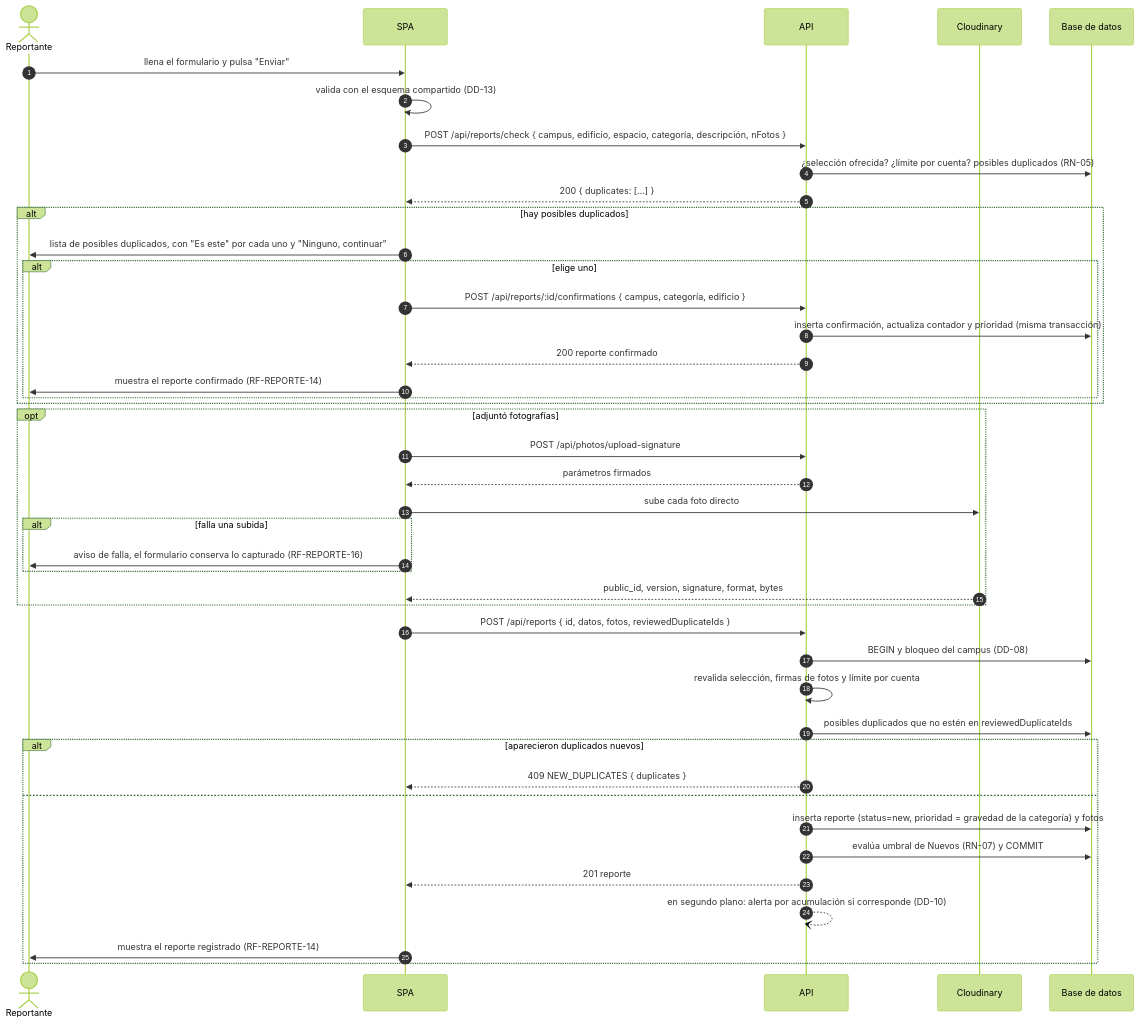
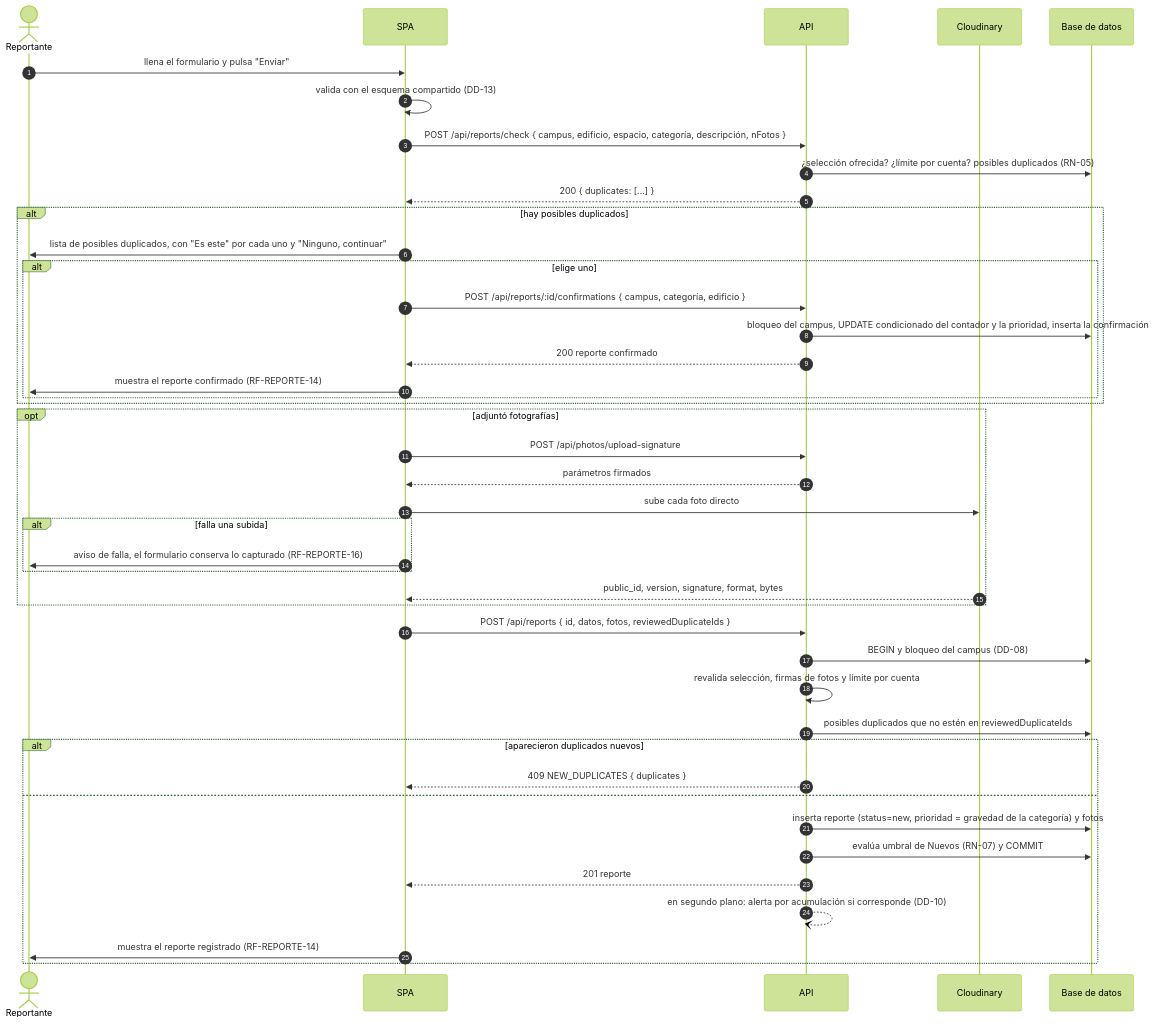
One commit to cima-fix/cima-fix changed the sixth of 10 diagrams in docs/cimafix_sdd.md. Above: the diagram before and after it, drawn with Mermaid (forest theme). The commit also changed other lines of this file, not shown here.

````diff
--- a/docs/cimafix_sdd.md
+++ b/docs/cimafix_sdd.md
@@ -814,46 +828,46 @@
 ```mermaid
 sequenceDiagram
     autonumber
     actor U as Reportante
     participant S as SPA
     participant A as API
     participant C as Cloudinary
     participant D as Base de datos
 
     U->>S: llena el formulario y pulsa "Enviar"
     S->>S: valida con el esquema compartido (DD-13)
     S->>A: POST /api/reports/check { campus, edificio, espacio, categoría, descripción, nFotos }
     A->>D: ¿selección ofrecida? ¿límite por cuenta? posibles duplicados (RN-05)
     A-->>S: 200 { duplicates: [...] }
     alt hay posibles duplicados
         S->>U: lista de posibles duplicados, con "Es este" por cada uno y "Ninguno, continuar"
         alt elige uno
             S->>A: POST /api/reports/:id/confirmations { campus, categoría, edificio }
-            A->>D: inserta confirmación, actualiza contador y prioridad (misma transacción)
+            A->>D: bloqueo del campus, UPDATE condicionado del contador y la prioridad, inserta la confirmación
             A-->>S: 200 reporte confirmado
             S->>U: muestra el reporte confirmado (RF-REPORTE-14)
         end
     end
     opt adjuntó fotografías
         S->>A: POST /api/photos/upload-signature
         A-->>S: parámetros firmados
         S->>C: sube cada foto directo
         alt falla una subida
             S->>U: aviso de falla, el formulario conserva lo capturado (RF-REPORTE-16)
         end
         C-->>S: public_id, version, signature, format, bytes
     end
     S->>A: POST /api/reports { id, datos, fotos, reviewedDuplicateIds }
     A->>D: BEGIN y bloqueo del campus (DD-08)
     A->>A: revalida selección, firmas de fotos y límite por cuenta
     A->>D: posibles duplicados que no estén en reviewedDuplicateIds
     alt aparecieron duplicados nuevos
         A-->>S: 409 NEW_DUPLICATES { duplicates }
     else
         A->>D: inserta reporte (status=new, prioridad = gravedad de la categoría) y fotos
         A->>D: evalúa umbral de Nuevos (RN-07) y COMMIT
         A-->>S: 201 reporte
         A--)A: en segundo plano: alerta por acumulación si corresponde (DD-10)
         S->>U: muestra el reporte registrado (RF-REPORTE-14)
     end
 ```
````
